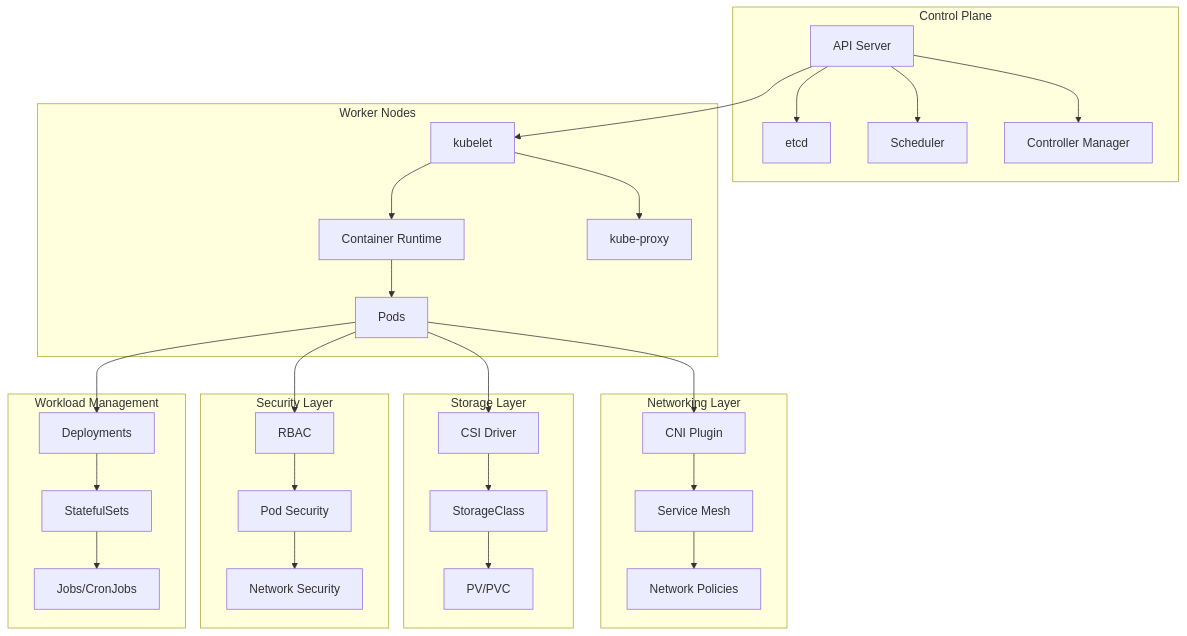
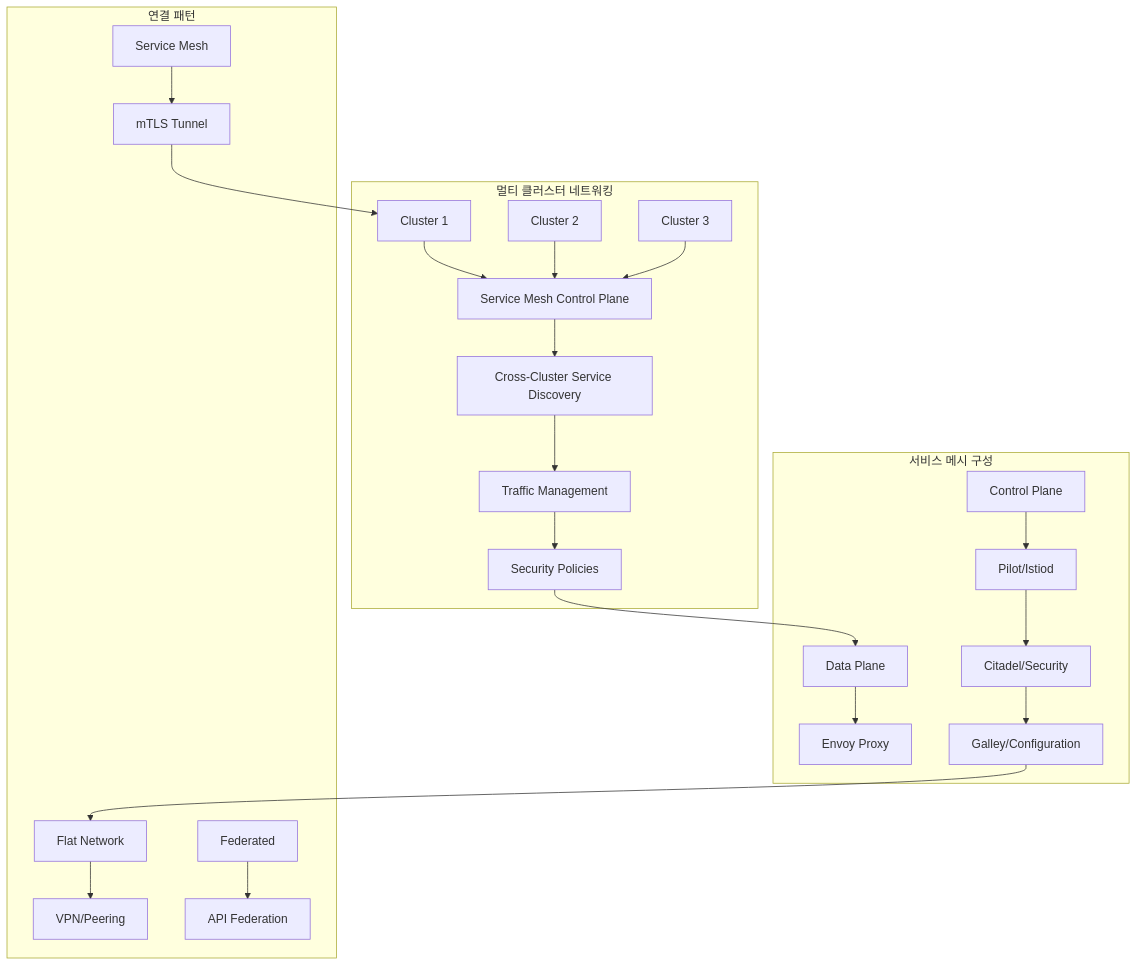
One commit to niceguy61/kdt_devops_lecture_2025 changed the first of 4 diagrams in week_02/day_03/session_08.md. Above: the diagram before and after it, drawn with Mermaid. The commit also changed other lines of this file and 38 other files, not shown here.

````diff
--- a/week_02/day_03/session_08.md
+++ b/week_02/day_03/session_08.md
@@ -15,40 +16,29 @@
 ```mermaid
 graph TB
-    subgraph "Control Plane"
-        A[API Server] --> B[etcd]
-        A --> C[Scheduler]
-        A --> D[Controller Manager]
+    subgraph "멀티 클러스터 네트워킹"
+        A[Cluster 1] --> B[Service Mesh Control Plane]
+        C[Cluster 2] --> B
+        D[Cluster 3] --> B
+        
+        B --> E[Cross-Cluster Service Discovery]
+        E --> F[Traffic Management]
+        F --> G[Security Policies]
     end
     
-    subgraph "Worker Nodes"
-        E[kubelet] --> F[Container Runtime]
-        E --> G[kube-proxy]
-        F --> H[Pods]
+    subgraph "서비스 메시 구성"
+        H[Data Plane] --> I[Envoy Proxy]
+        J[Control Plane] --> K[Pilot/Istiod]
+        K --> L[Citadel/Security]
+        L --> M[Galley/Configuration]
     end
     
-    subgraph "Networking Layer"
-        I[CNI Plugin] --> J[Service Mesh]
-        J --> K[Network Policies]
+    subgraph "연결 패턴"
+        N[Flat Network] --> O[VPN/Peering]
+        P[Federated] --> Q[API Federation]
+        R[Service Mesh] --> S[mTLS Tunnel]
     end
     
-    subgraph "Storage Layer"
-        L[CSI Driver] --> M[StorageClass]
-        M --> N[PV/PVC]
-    end
-    
-    subgraph "Security Layer"
-        O[RBAC] --> P[Pod Security]
-        P --> Q[Network Security]
-    end
-    
-    subgraph "Workload Management"
-        R[Deployments] --> S[StatefulSets]
-        S --> T[Jobs/CronJobs]
-    end
-    
-    A --> E
-    H --> I
-    H --> L
-    H --> O
-    H --> R
+    G --> H
+    M --> N
+    S --> A
 ```
````
